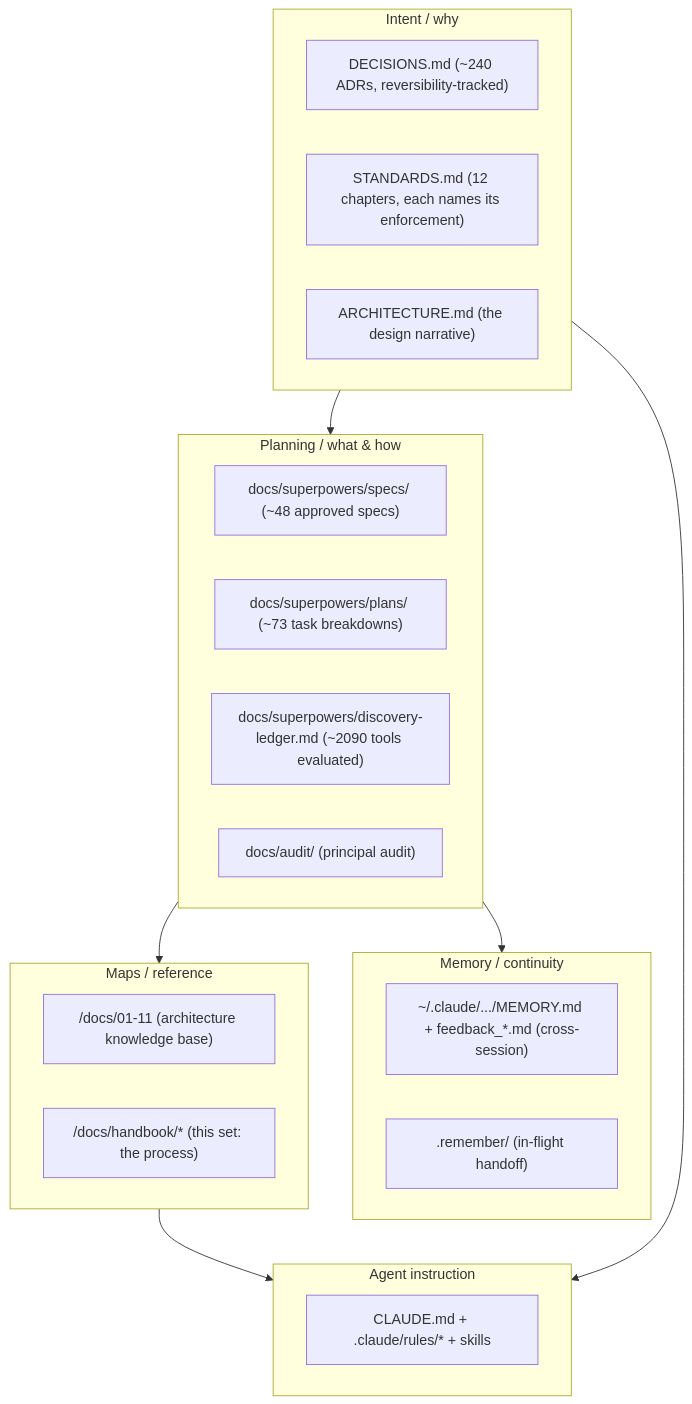
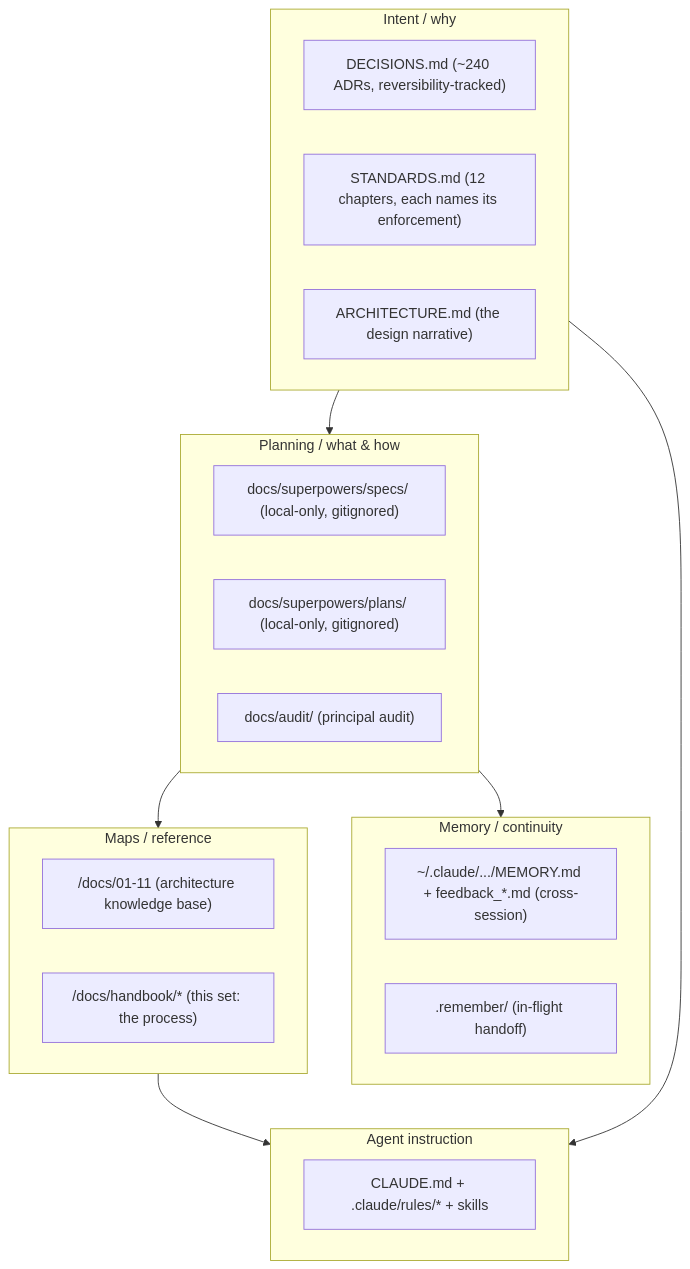
One commit to erikunha/portfolio changed the first of 2 diagrams in docs/handbook/knowledge-architecture.md. Above: the diagram before and after it, drawn with Mermaid. The commit also changed other lines of this file and 146 other files, not shown here.

````diff
--- a/docs/handbook/knowledge-architecture.md
+++ b/docs/handbook/knowledge-architecture.md
@@ -7,29 +7,28 @@
 ```mermaid
 flowchart TD
     subgraph intent["Intent / why"]
         adr["DECISIONS.md (~240 ADRs, reversibility-tracked)"]
         std["STANDARDS.md (12 chapters, each names its enforcement)"]
         arch["ARCHITECTURE.md (the design narrative)"]
     end
     subgraph plan["Planning / what & how"]
-        specs["docs/superpowers/specs/ (~48 approved specs)"]
-        plans["docs/superpowers/plans/ (~73 task breakdowns)"]
-        ledger["docs/superpowers/discovery-ledger.md (~2090 tools evaluated)"]
+        specs["docs/superpowers/specs/ (local-only, gitignored)"]
+        plans["docs/superpowers/plans/ (local-only, gitignored)"]
         audit["docs/audit/ (principal audit)"]
     end
     subgraph maps["Maps / reference"]
         kb["/docs/01-11 (architecture knowledge base)"]
         hb["/docs/handbook/* (this set: the process)"]
     end
     subgraph agent["Agent instruction"]
         cl["CLAUDE.md + .claude/rules/* + skills"]
     end
     subgraph memory["Memory / continuity"]
         mem["~/.claude/.../MEMORY.md + feedback_*.md (cross-session)"]
         rem[".remember/ (in-flight handoff)"]
     end
     intent --> plan --> maps
     intent --> agent
     maps --> agent
     plan --> memory
 ```
````
